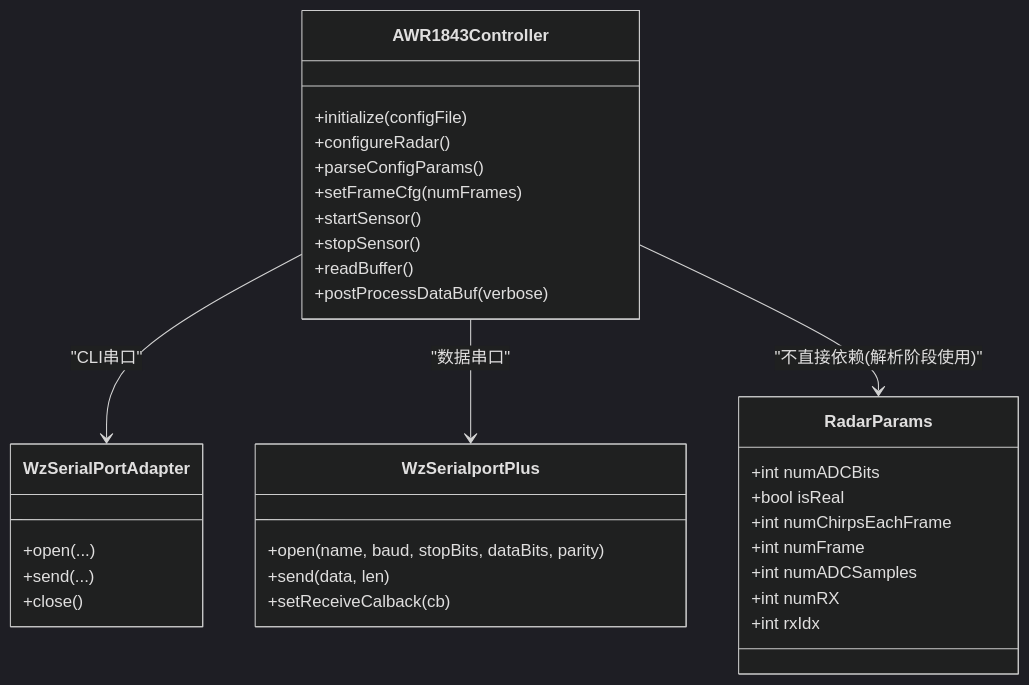
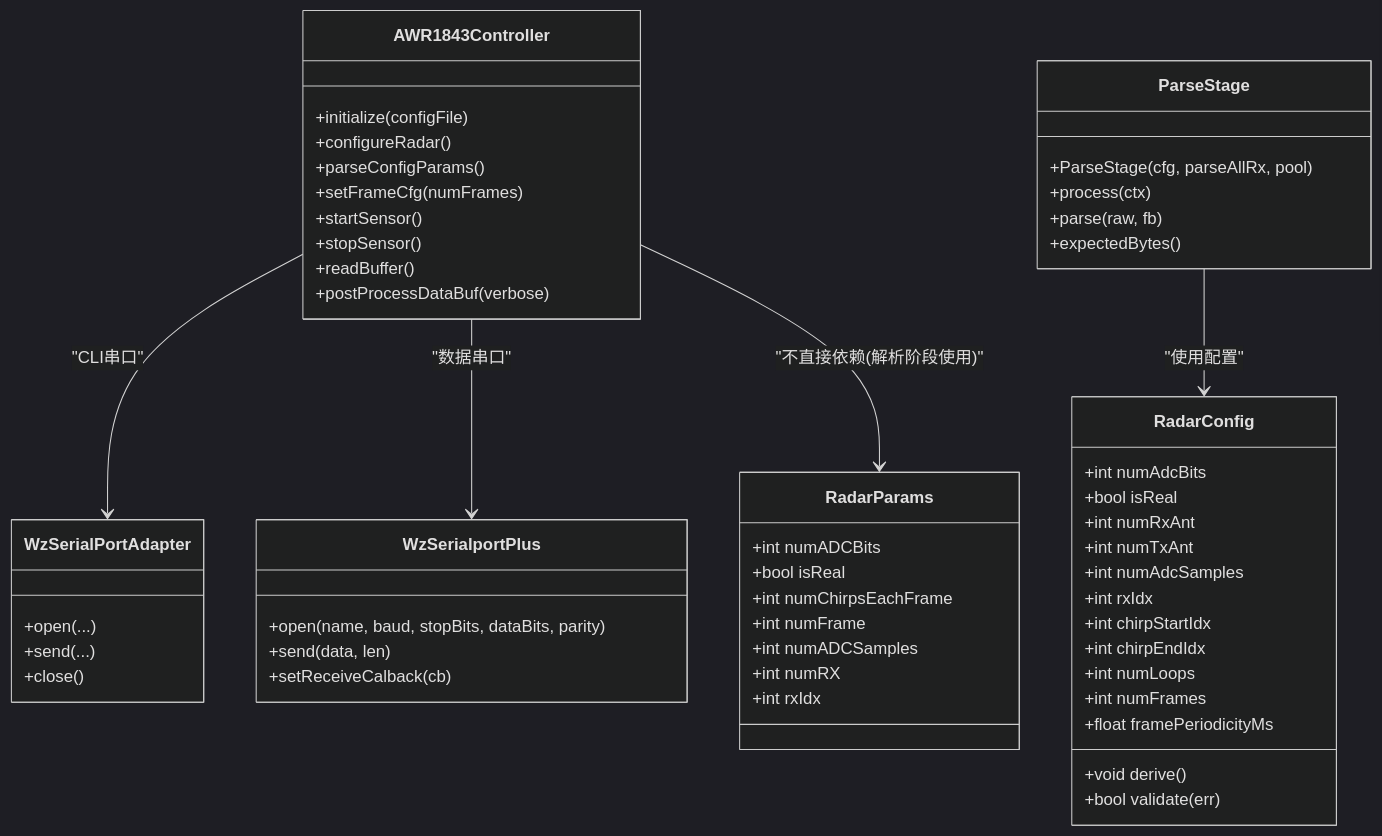
One commit to Lukad77/awr1843-radar-toolkit changed the fifth of 5 diagrams in .qoder/repowiki/zh/content/雷达与采集参数配置文件.md. Above: the diagram before and after it, drawn with Mermaid (dark theme). The commit also changed other lines of this file and 11 other files, not shown here.

````diff
--- a/.qoder/repowiki/zh/content/雷达与采集参数配置文件.md
+++ b/.qoder/repowiki/zh/content/雷达与采集参数配置文件.md
@@ -207,35 +276,57 @@
 ```mermaid
 classDiagram
+class RadarConfig {
++int numAdcBits
++bool isReal
++int numRxAnt
++int numTxAnt
++int numAdcSamples
++int rxIdx
++int chirpStartIdx
++int chirpEndIdx
++int numLoops
++int numFrames
++float framePeriodicityMs
++void derive()
++bool validate(err)
+}
 class AWR1843Controller {
 +initialize(configFile)
 +configureRadar()
 +parseConfigParams()
 +setFrameCfg(numFrames)
 +startSensor()
 +stopSensor()
 +readBuffer()
 +postProcessDataBuf(verbose)
+}
+class ParseStage {
++ParseStage(cfg, parseAllRx, pool)
++process(ctx)
++parse(raw, fb)
++expectedBytes()
 }
 class WzSerialportPlus {
 +open(name, baud, stopBits, dataBits, parity)
 +send(data, len)
 +setReceiveCalback(cb)
 }
 class WzSerialPortAdapter {
 +open(...)
 +send(...)
 +close()
 }
 class RadarParams {
 +int numADCBits
 +bool isReal
 +int numChirpsEachFrame
 +int numFrame
 +int numADCSamples
 +int numRX
 +int rxIdx
 }
+ParseStage --> RadarConfig : "使用配置"
 AWR1843Controller --> WzSerialPortAdapter : "CLI串口"
 AWR1843Controller --> WzSerialportPlus : "数据串口"
 AWR1843Controller --> RadarParams : "不直接依赖(解析阶段使用)"
 ```
````
